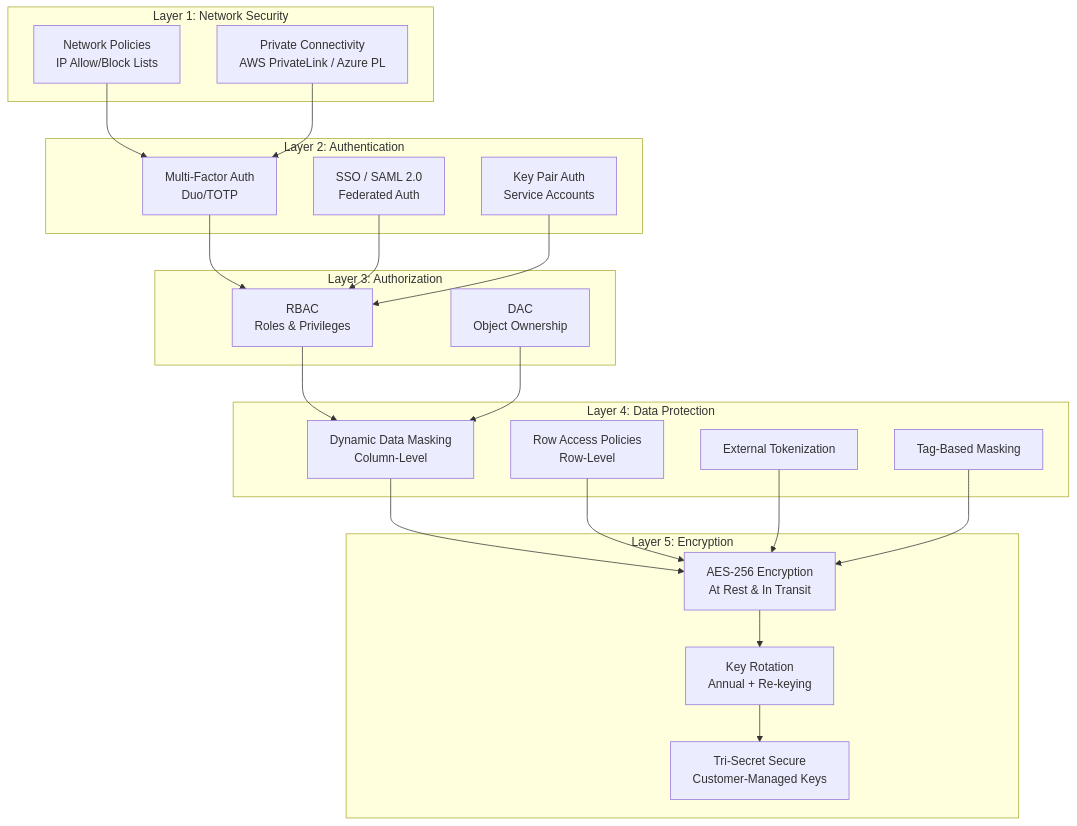
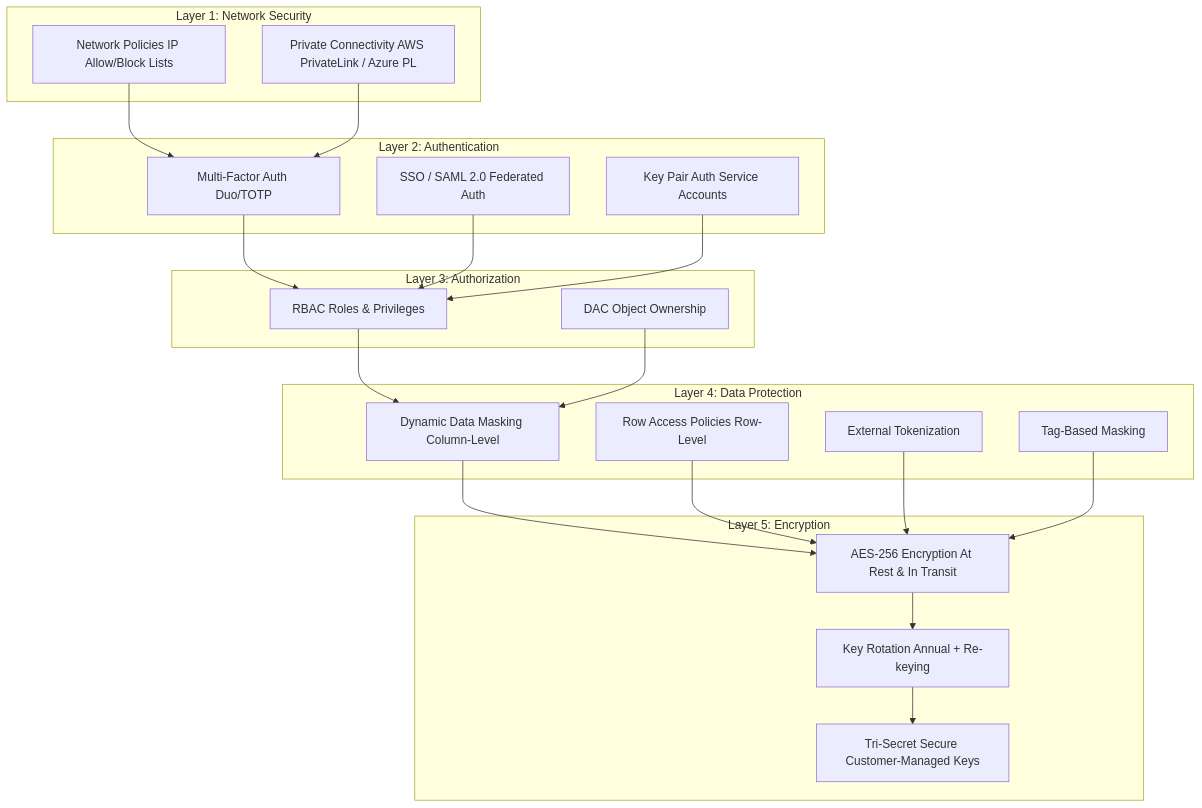
Before and after one commit to harishupadrasta/snowPro-Core: the diagram in 2_Account_Management_and_Data_Governance/2.2_Data_Protection_and_Security.md, drawn with Mermaid. The commit also changed 16 other files, not shown here.

First line of the commit message:
Fix mermaid diagrams: replace <br/> with spaces for GitHub rendering

````diff
--- a/2_Account_Management_and_Data_Governance/2.2_Data_Protection_and_Security.md
+++ b/2_Account_Management_and_Data_Governance/2.2_Data_Protection_and_Security.md
@@ -39,45 +39,45 @@
 ```mermaid
 graph TB
     subgraph "Layer 1: Network Security"
-        NP[Network Policies<br/>IP Allow/Block Lists]
-        PC[Private Connectivity<br/>AWS PrivateLink / Azure PL]
+        NP[Network Policies IP Allow/Block Lists]
+        PC[Private Connectivity AWS PrivateLink / Azure PL]
     end
 
     subgraph "Layer 2: Authentication"
-        MFA[Multi-Factor Auth<br/>Duo/TOTP]
-        SSO[SSO / SAML 2.0<br/>Federated Auth]
-        KP[Key Pair Auth<br/>Service Accounts]
+        MFA[Multi-Factor Auth Duo/TOTP]
+        SSO[SSO / SAML 2.0 Federated Auth]
+        KP[Key Pair Auth Service Accounts]
     end
 
     subgraph "Layer 3: Authorization"
-        RBAC[RBAC<br/>Roles & Privileges]
-        DAC[DAC<br/>Object Ownership]
+        RBAC[RBAC Roles & Privileges]
+        DAC[DAC Object Ownership]
     end
 
     subgraph "Layer 4: Data Protection"
-        DDM[Dynamic Data Masking<br/>Column-Level]
-        RAP[Row Access Policies<br/>Row-Level]
+        DDM[Dynamic Data Masking Column-Level]
+        RAP[Row Access Policies Row-Level]
         ET[External Tokenization]
         TBM[Tag-Based Masking]
     end
 
     subgraph "Layer 5: Encryption"
-        ENC[AES-256 Encryption<br/>At Rest & In Transit]
-        KR[Key Rotation<br/>Annual + Re-keying]
-        TSS[Tri-Secret Secure<br/>Customer-Managed Keys]
+        ENC[AES-256 Encryption At Rest & In Transit]
+        KR[Key Rotation Annual + Re-keying]
+        TSS[Tri-Secret Secure Customer-Managed Keys]
     end
 
     NP --> MFA
     PC --> MFA
     MFA --> RBAC
     SSO --> RBAC
     KP --> RBAC
     RBAC --> DDM
     DAC --> DDM
     DDM --> ENC
     RAP --> ENC
     ET --> ENC
     TBM --> ENC
     ENC --> KR
     KR --> TSS
 ```
````
